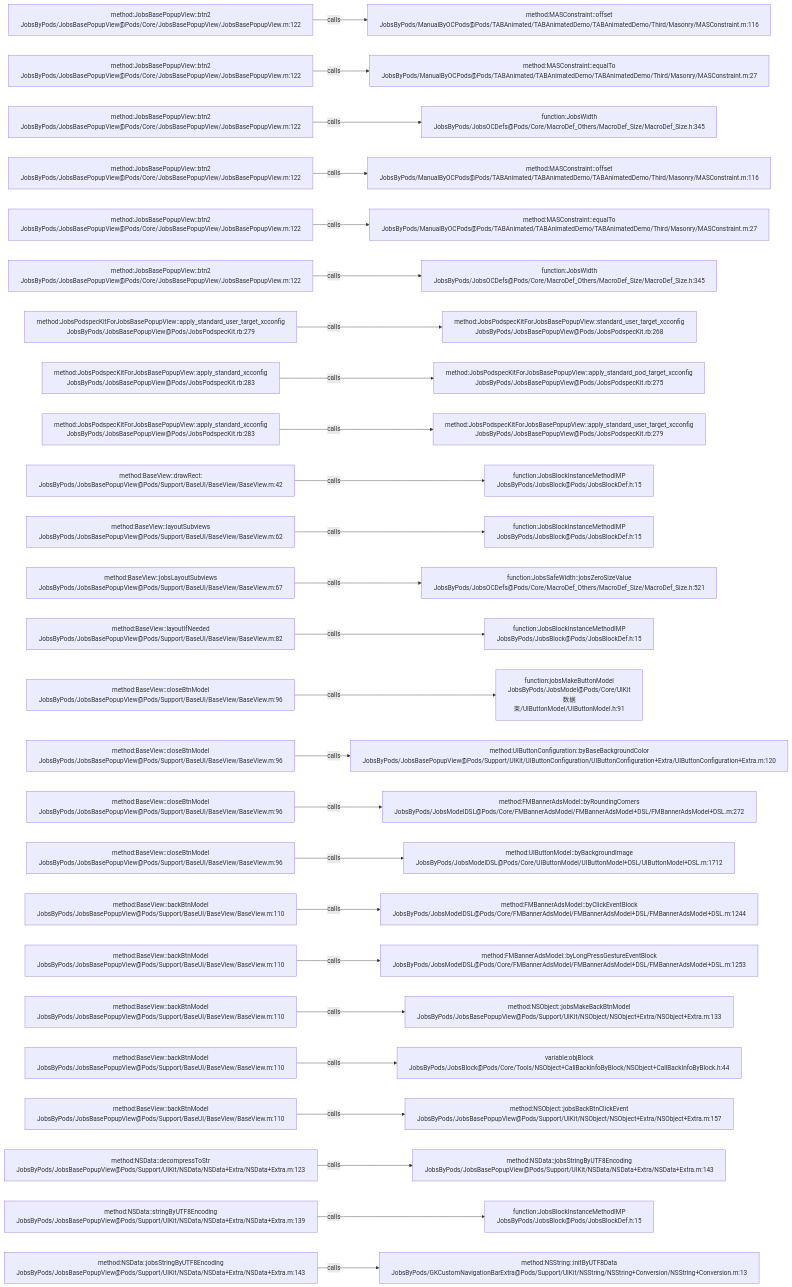
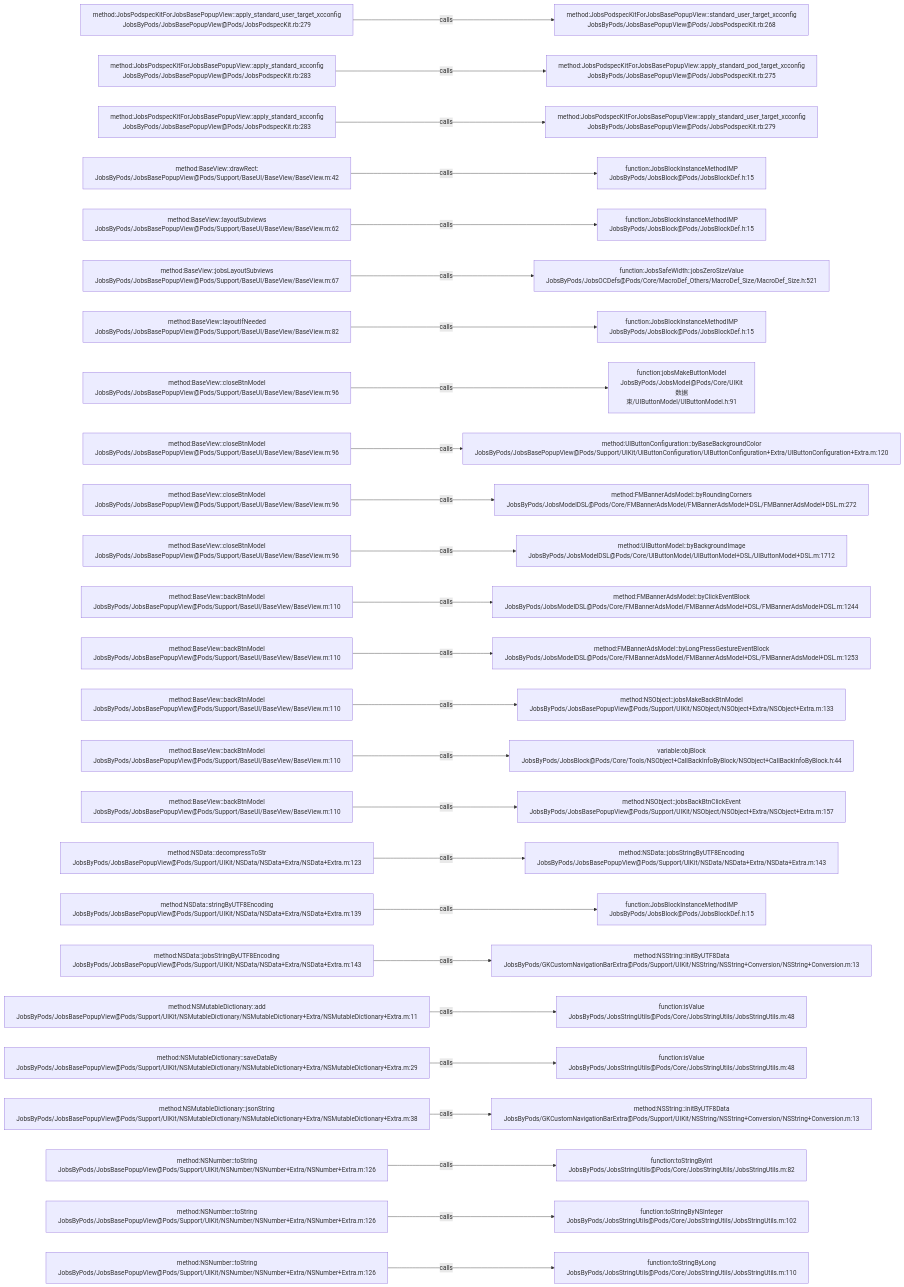
The diagram in .codegraph/codegraph.md/graphs/calls-199.md (JobsKits/JobsOCBaseConfigDemo), drawn with Mermaid before and after one commit. The commit also changed 116 other files, not shown here.

````diff
--- a/.codegraph/codegraph.md/graphs/calls-199.md
+++ b/.codegraph/codegraph.md/graphs/calls-199.md
@@ -13,78 +13,78 @@
 ```mermaid
 flowchart LR
-  S1["method:JobsBasePopupView::btn2<br/>JobsByPods/JobsBasePopupView@Pods/Core/JobsBasePopupView/JobsBasePopupView.m:122"]
-  T1["method:MASConstraint::offset<br/>JobsByPods/ManualByOCPods@Pods/TABAnimated/TABAnimatedDemo/TABAnimatedDemo/Third/Masonry/MASConstraint.m:116"]
+  S1["method:JobsPodspecKitForJobsBasePopupView::apply_standard_user_target_xcconfig<br/>JobsByPods/JobsBasePopupView@Pods/JobsPodspecKit.rb:279"]
+  T1["method:JobsPodspecKitForJobsBasePopupView::standard_user_target_xcconfig<br/>JobsByPods/JobsBasePopupView@Pods/JobsPodspecKit.rb:268"]
   S1 -->|calls| T1
-  S2["method:JobsBasePopupView::btn2<br/>JobsByPods/JobsBasePopupView@Pods/Core/JobsBasePopupView/JobsBasePopupView.m:122"]
-  T2["method:MASConstraint::equalTo<br/>JobsByPods/ManualByOCPods@Pods/TABAnimated/TABAnimatedDemo/TABAnimatedDemo/Third/Masonry/MASConstraint.m:27"]
+  S2["method:JobsPodspecKitForJobsBasePopupView::apply_standard_xcconfig<br/>JobsByPods/JobsBasePopupView@Pods/JobsPodspecKit.rb:283"]
+  T2["method:JobsPodspecKitForJobsBasePopupView::apply_standard_pod_target_xcconfig<br/>JobsByPods/JobsBasePopupView@Pods/JobsPodspecKit.rb:275"]
   S2 -->|calls| T2
-  S3["method:JobsBasePopupView::btn2<br/>JobsByPods/JobsBasePopupView@Pods/Core/JobsBasePopupView/JobsBasePopupView.m:122"]
-  T3["function:JobsWidth<br/>JobsByPods/JobsOCDefs@Pods/Core/MacroDef_Others/MacroDef_Size/MacroDef_Size.h:345"]
+  S3["method:JobsPodspecKitForJobsBasePopupView::apply_standard_xcconfig<br/>JobsByPods/JobsBasePopupView@Pods/JobsPodspecKit.rb:283"]
+  T3["method:JobsPodspecKitForJobsBasePopupView::apply_standard_user_target_xcconfig<br/>JobsByPods/JobsBasePopupView@Pods/JobsPodspecKit.rb:279"]
   S3 -->|calls| T3
-  S4["method:JobsBasePopupView::btn2<br/>JobsByPods/JobsBasePopupView@Pods/Core/JobsBasePopupView/JobsBasePopupView.m:122"]
-  T4["method:MASConstraint::offset<br/>JobsByPods/ManualByOCPods@Pods/TABAnimated/TABAnimatedDemo/TABAnimatedDemo/Third/Masonry/MASConstraint.m:116"]
+  S4["method:BaseView::drawRect:<br/>JobsByPods/JobsBasePopupView@Pods/Support/BaseUI/BaseView/BaseView.m:42"]
+  T4["function:JobsBlockInstanceMethodIMP<br/>JobsByPods/JobsBlock@Pods/JobsBlockDef.h:15"]
   S4 -->|calls| T4
-  S5["method:JobsBasePopupView::btn2<br/>JobsByPods/JobsBasePopupView@Pods/Core/JobsBasePopupView/JobsBasePopupView.m:122"]
-  T5["method:MASConstraint::equalTo<br/>JobsByPods/ManualByOCPods@Pods/TABAnimated/TABAnimatedDemo/TABAnimatedDemo/Third/Masonry/MASConstraint.m:27"]
+  S5["method:BaseView::layoutSubviews<br/>JobsByPods/JobsBasePopupView@Pods/Support/BaseUI/BaseView/BaseView.m:62"]
+  T5["function:JobsBlockInstanceMethodIMP<br/>JobsByPods/JobsBlock@Pods/JobsBlockDef.h:15"]
   S5 -->|calls| T5
-  S6["method:JobsBasePopupView::btn2<br/>JobsByPods/JobsBasePopupView@Pods/Core/JobsBasePopupView/JobsBasePopupView.m:122"]
-  T6["function:JobsWidth<br/>JobsByPods/JobsOCDefs@Pods/Core/MacroDef_Others/MacroDef_Size/MacroDef_Size.h:345"]
+  S6["method:BaseView::jobsLayoutSubviews<br/>JobsByPods/JobsBasePopupView@Pods/Support/BaseUI/BaseView/BaseView.m:67"]
+  T6["function:JobsSafeWidth::jobsZeroSizeValue<br/>JobsByPods/JobsOCDefs@Pods/Core/MacroDef_Others/MacroDef_Size/MacroDef_Size.h:521"]
   S6 -->|calls| T6
-  S7["method:JobsPodspecKitForJobsBasePopupView::apply_standard_user_target_xcconfig<br/>JobsByPods/JobsBasePopupView@Pods/JobsPodspecKit.rb:279"]
-  T7["method:JobsPodspecKitForJobsBasePopupView::standard_user_target_xcconfig<br/>JobsByPods/JobsBasePopupView@Pods/JobsPodspecKit.rb:268"]
+  S7["method:BaseView::layoutIfNeeded<br/>JobsByPods/JobsBasePopupView@Pods/Support/BaseUI/BaseView/BaseView.m:82"]
+  T7["function:JobsBlockInstanceMethodIMP<br/>JobsByPods/JobsBlock@Pods/JobsBlockDef.h:15"]
   S7 -->|calls| T7
-  S8["method:JobsPodspecKitForJobsBasePopupView::apply_standard_xcconfig<br/>JobsByPods/JobsBasePopupView@Pods/JobsPodspecKit.rb:283"]
-  T8["method:JobsPodspecKitForJobsBasePopupView::apply_standard_pod_target_xcconfig<br/>JobsByPods/JobsBasePopupView@Pods/JobsPodspecKit.rb:275"]
+  S8["method:BaseView::closeBtnModel<br/>JobsByPods/JobsBasePopupView@Pods/Support/BaseUI/BaseView/BaseView.m:96"]
+  T8["function:jobsMakeButtonModel<br/>JobsByPods/JobsModel@Pods/Core/UIKit数据束/UIButtonModel/UIButtonModel.h:91"]
   S8 -->|calls| T8
-  S9["method:JobsPodspecKitForJobsBasePopupView::apply_standard_xcconfig<br/>JobsByPods/JobsBasePopupView@Pods/JobsPodspecKit.rb:283"]
-  T9["method:JobsPodspecKitForJobsBasePopupView::apply_standard_user_target_xcconfig<br/>JobsByPods/JobsBasePopupView@Pods/JobsPodspecKit.rb:279"]
+  S9["method:BaseView::closeBtnModel<br/>JobsByPods/JobsBasePopupView@Pods/Support/BaseUI/BaseView/BaseView.m:96"]
+  T9["method:UIButtonConfiguration::byBaseBackgroundColor<br/>JobsByPods/JobsBasePopupView@Pods/Support/UIKit/UIButtonConfiguration/UIButtonConfiguration+Extra/UIButtonConfiguration+Extra.m:120"]
   S9 -->|calls| T9
-  S10["method:BaseView::drawRect:<br/>JobsByPods/JobsBasePopupView@Pods/Support/BaseUI/BaseView/BaseView.m:42"]
-  T10["function:JobsBlockInstanceMethodIMP<br/>JobsByPods/JobsBlock@Pods/JobsBlockDef.h:15"]
+  S10["method:BaseView::closeBtnModel<br/>JobsByPods/JobsBasePopupView@Pods/Support/BaseUI/BaseView/BaseView.m:96"]
+  T10["method:FMBannerAdsModel::byRoundingCorners<br/>JobsByPods/JobsModelDSL@Pods/Core/FMBannerAdsModel/FMBannerAdsModel+DSL/FMBannerAdsModel+DSL.m:272"]
   S10 -->|calls| T10
-  S11["method:BaseView::layoutSubviews<br/>JobsByPods/JobsBasePopupView@Pods/Support/BaseUI/BaseView/BaseView.m:62"]
-  T11["function:JobsBlockInstanceMethodIMP<br/>JobsByPods/JobsBlock@Pods/JobsBlockDef.h:15"]
+  S11["method:BaseView::closeBtnModel<br/>JobsByPods/JobsBasePopupView@Pods/Support/BaseUI/BaseView/BaseView.m:96"]
+  T11["method:UIButtonModel::byBackgroundImage<br/>JobsByPods/JobsModelDSL@Pods/Core/UIButtonModel/UIButtonModel+DSL/UIButtonModel+DSL.m:1712"]
   S11 -->|calls| T11
-  S12["method:BaseView::jobsLayoutSubviews<br/>JobsByPods/JobsBasePopupView@Pods/Support/BaseUI/BaseView/BaseView.m:67"]
-  T12["function:JobsSafeWidth::jobsZeroSizeValue<br/>JobsByPods/JobsOCDefs@Pods/Core/MacroDef_Others/MacroDef_Size/MacroDef_Size.h:521"]
+  S12["method:BaseView::backBtnModel<br/>JobsByPods/JobsBasePopupView@Pods/Support/BaseUI/BaseView/BaseView.m:110"]
+  T12["method:FMBannerAdsModel::byClickEventBlock<br/>JobsByPods/JobsModelDSL@Pods/Core/FMBannerAdsModel/FMBannerAdsModel+DSL/FMBannerAdsModel+DSL.m:1244"]
   S12 -->|calls| T12
-  S13["method:BaseView::layoutIfNeeded<br/>JobsByPods/JobsBasePopupView@Pods/Support/BaseUI/BaseView/BaseView.m:82"]
-  T13["function:JobsBlockInstanceMethodIMP<br/>JobsByPods/JobsBlock@Pods/JobsBlockDef.h:15"]
+  S13["method:BaseView::backBtnModel<br/>JobsByPods/JobsBasePopupView@Pods/Support/BaseUI/BaseView/BaseView.m:110"]
+  T13["method:FMBannerAdsModel::byLongPressGestureEventBlock<br/>JobsByPods/JobsModelDSL@Pods/Core/FMBannerAdsModel/FMBannerAdsModel+DSL/FMBannerAdsModel+DSL.m:1253"]
   S13 -->|calls| T13
-  S14["method:BaseView::closeBtnModel<br/>JobsByPods/JobsBasePopupView@Pods/Support/BaseUI/BaseView/BaseView.m:96"]
-  T14["function:jobsMakeButtonModel<br/>JobsByPods/JobsModel@Pods/Core/UIKit数据束/UIButtonModel/UIButtonModel.h:91"]
+  S14["method:BaseView::backBtnModel<br/>JobsByPods/JobsBasePopupView@Pods/Support/BaseUI/BaseView/BaseView.m:110"]
+  T14["method:NSObject::jobsMakeBackBtnModel<br/>JobsByPods/JobsBasePopupView@Pods/Support/UIKit/NSObject/NSObject+Extra/NSObject+Extra.m:133"]
   S14 -->|calls| T14
-  S15["method:BaseView::closeBtnModel<br/>JobsByPods/JobsBasePopupView@Pods/Support/BaseUI/BaseView/BaseView.m:96"]
-  T15["method:UIButtonConfiguration::byBaseBackgroundColor<br/>JobsByPods/JobsBasePopupView@Pods/Support/UIKit/UIButtonConfiguration/UIButtonConfiguration+Extra/UIButtonConfiguration+Extra.m:120"]
+  S15["method:BaseView::backBtnModel<br/>JobsByPods/JobsBasePopupView@Pods/Support/BaseUI/BaseView/BaseView.m:110"]
+  T15["variable:objBlock<br/>JobsByPods/JobsBlock@Pods/Core/Tools/NSObject+CallBackInfoByBlock/NSObject+CallBackInfoByBlock.h:44"]
   S15 -->|calls| T15
-  S16["method:BaseView::closeBtnModel<br/>JobsByPods/JobsBasePopupView@Pods/Support/BaseUI/BaseView/BaseView.m:96"]
-  T16["method:FMBannerAdsModel::byRoundingCorners<br/>JobsByPods/JobsModelDSL@Pods/Core/FMBannerAdsModel/FMBannerAdsModel+DSL/FMBannerAdsModel+DSL.m:272"]
+  S16["method:BaseView::backBtnModel<br/>JobsByPods/JobsBasePopupView@Pods/Support/BaseUI/BaseView/BaseView.m:110"]
+  T16["method:NSObject::jobsBackBtnClickEvent<br/>JobsByPods/JobsBasePopupView@Pods/Support/UIKit/NSObject/NSObject+Extra/NSObject+Extra.m:157"]
   S16 -->|calls| T16
-  S17["method:BaseView::closeBtnModel<br/>JobsByPods/JobsBasePopupView@Pods/Support/BaseUI/BaseView/BaseView.m:96"]
-  T17["method:UIButtonModel::byBackgroundImage<br/>JobsByPods/JobsModelDSL@Pods/Core/UIButtonModel/UIButtonModel+DSL/UIButtonModel+DSL.m:1712"]
+  S17["method:NSData::decompressToStr<br/>JobsByPods/JobsBasePopupView@Pods/Support/UIKit/NSData/NSData+Extra/NSData+Extra.m:123"]
+  T17["method:NSData::jobsStringByUTF8Encoding<br/>JobsByPods/JobsBasePopupView@Pods/Support/UIKit/NSData/NSData+Extra/NSData+Extra.m:143"]
   S17 -->|calls| T17
-  S18["method:BaseView::backBtnModel<br/>JobsByPods/JobsBasePopupView@Pods/Support/BaseUI/BaseView/BaseView.m:110"]
-  T18["method:FMBannerAdsModel::byClickEventBlock<br/>JobsByPods/JobsModelDSL@Pods/Core/FMBannerAdsModel/FMBannerAdsModel+DSL/FMBannerAdsModel+DSL.m:1244"]
+  S18["method:NSData::stringByUTF8Encoding<br/>JobsByPods/JobsBasePopupView@Pods/Support/UIKit/NSData/NSData+Extra/NSData+Extra.m:139"]
+  T18["function:JobsBlockInstanceMethodIMP<br/>JobsByPods/JobsBlock@Pods/JobsBlockDef.h:15"]
   S18 -->|calls| T18
-  S19["method:BaseView::backBtnModel<br/>JobsByPods/JobsBasePopupView@Pods/Support/BaseUI/BaseView/BaseView.m:110"]
-  T19["method:FMBannerAdsModel::byLongPressGestureEventBlock<br/>JobsByPods/JobsModelDSL@Pods/Core/FMBannerAdsModel/FMBannerAdsModel+DSL/FMBannerAdsModel+DSL.m:1253"]
+  S19["method:NSData::jobsStringByUTF8Encoding<br/>JobsByPods/JobsBasePopupView@Pods/Support/UIKit/NSData/NSData+Extra/NSData+Extra.m:143"]
+  T19["method:NSString::initByUTF8Data<br/>JobsByPods/GKCustomNavigationBarExtra@Pods/Support/UIKit/NSString/NSString+Conversion/NSString+Conversion.m:13"]
   S19 -->|calls| T19
-  S20["method:BaseView::backBtnModel<br/>JobsByPods/JobsBasePopupView@Pods/Support/BaseUI/BaseView/BaseView.m:110"]
-  T20["method:NSObject::jobsMakeBackBtnModel<br/>JobsByPods/JobsBasePopupView@Pods/Support/UIKit/NSObject/NSObject+Extra/NSObject+Extra.m:133"]
+  S20["method:NSMutableDictionary::add<br/>JobsByPods/JobsBasePopupView@Pods/Support/UIKit/NSMutableDictionary/NSMutableDictionary+Extra/NSMutableDictionary+Extra.m:11"]
+  T20["function:isValue<br/>JobsByPods/JobsStringUtils@Pods/Core/JobsStringUtils/JobsStringUtils.m:48"]
   S20 -->|calls| T20
-  S21["method:BaseView::backBtnModel<br/>JobsByPods/JobsBasePopupView@Pods/Support/BaseUI/BaseView/BaseView.m:110"]
-  T21["variable:objBlock<br/>JobsByPods/JobsBlock@Pods/Core/Tools/NSObject+CallBackInfoByBlock/NSObject+CallBackInfoByBlock.h:44"]
+  S21["method:NSMutableDictionary::saveDataBy<br/>JobsByPods/JobsBasePopupView@Pods/Support/UIKit/NSMutableDictionary/NSMutableDictionary+Extra/NSMutableDictionary+Extra.m:29"]
+  T21["function:isValue<br/>JobsByPods/JobsStringUtils@Pods/Core/JobsStringUtils/JobsStringUtils.m:48"]
   S21 -->|calls| T21
-  S22["method:BaseView::backBtnModel<br/>JobsByPods/JobsBasePopupView@Pods/Support/BaseUI/BaseView/BaseView.m:110"]
-  T22["method:NSObject::jobsBackBtnClickEvent<br/>JobsByPods/JobsBasePopupView@Pods/Support/UIKit/NSObject/NSObject+Extra/NSObject+Extra.m:157"]
+  S22["method:NSMutableDictionary::jsonString<br/>JobsByPods/JobsBasePopupView@Pods/Support/UIKit/NSMutableDictionary/NSMutableDictionary+Extra/NSMutableDictionary+Extra.m:38"]
+  T22["method:NSString::initByUTF8Data<br/>JobsByPods/GKCustomNavigationBarExtra@Pods/Support/UIKit/NSString/NSString+Conversion/NSString+Conversion.m:13"]
   S22 -->|calls| T22
-  S23["method:NSData::decompressToStr<br/>JobsByPods/JobsBasePopupView@Pods/Support/UIKit/NSData/NSData+Extra/NSData+Extra.m:123"]
-  T23["method:NSData::jobsStringByUTF8Encoding<br/>JobsByPods/JobsBasePopupView@Pods/Support/UIKit/NSData/NSData+Extra/NSData+Extra.m:143"]
+  S23["method:NSNumber::toString<br/>JobsByPods/JobsBasePopupView@Pods/Support/UIKit/NSNumber/NSNumber+Extra/NSNumber+Extra.m:126"]
+  T23["function:toStringByInt<br/>JobsByPods/JobsStringUtils@Pods/Core/JobsStringUtils/JobsStringUtils.m:82"]
   S23 -->|calls| T23
-  S24["method:NSData::stringByUTF8Encoding<br/>JobsByPods/JobsBasePopupView@Pods/Support/UIKit/NSData/NSData+Extra/NSData+Extra.m:139"]
-  T24["function:JobsBlockInstanceMethodIMP<br/>JobsByPods/JobsBlock@Pods/JobsBlockDef.h:15"]
+  S24["method:NSNumber::toString<br/>JobsByPods/JobsBasePopupView@Pods/Support/UIKit/NSNumber/NSNumber+Extra/NSNumber+Extra.m:126"]
+  T24["function:toStringByNSInteger<br/>JobsByPods/JobsStringUtils@Pods/Core/JobsStringUtils/JobsStringUtils.m:102"]
   S24 -->|calls| T24
-  S25["method:NSData::jobsStringByUTF8Encoding<br/>JobsByPods/JobsBasePopupView@Pods/Support/UIKit/NSData/NSData+Extra/NSData+Extra.m:143"]
-  T25["method:NSString::initByUTF8Data<br/>JobsByPods/GKCustomNavigationBarExtra@Pods/Support/UIKit/NSString/NSString+Conversion/NSString+Conversion.m:13"]
+  S25["method:NSNumber::toString<br/>JobsByPods/JobsBasePopupView@Pods/Support/UIKit/NSNumber/NSNumber+Extra/NSNumber+Extra.m:126"]
+  T25["function:toStringByLong<br/>JobsByPods/JobsStringUtils@Pods/Core/JobsStringUtils/JobsStringUtils.m:110"]
   S25 -->|calls| T25
 ```
````
